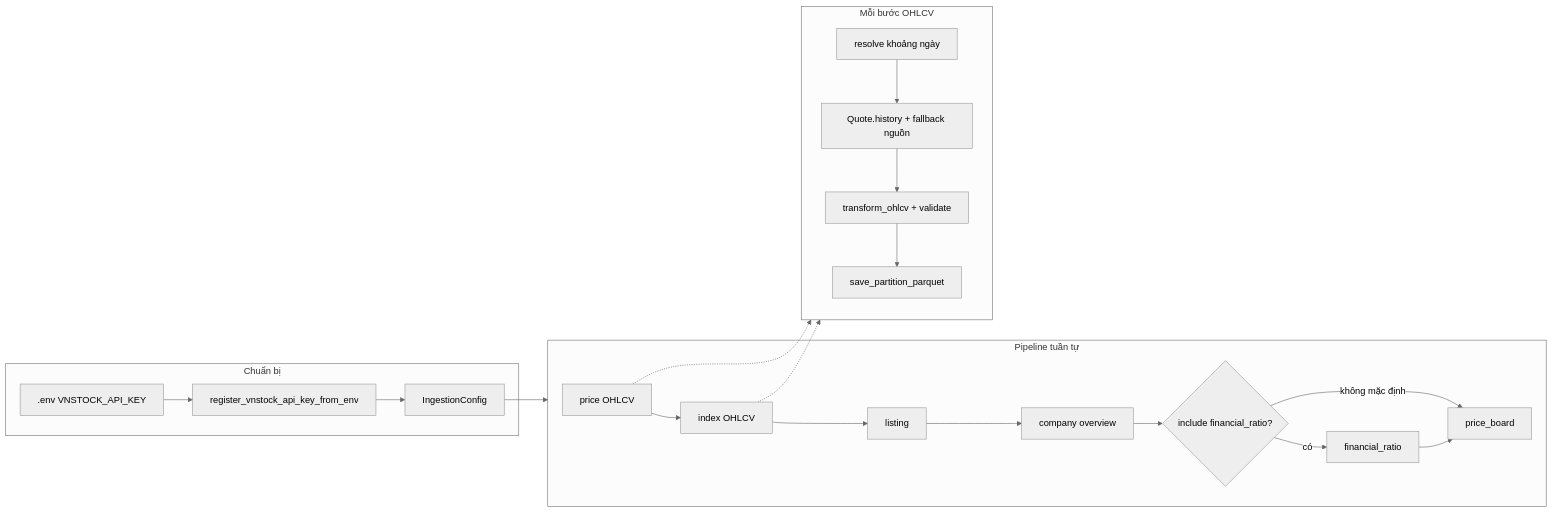
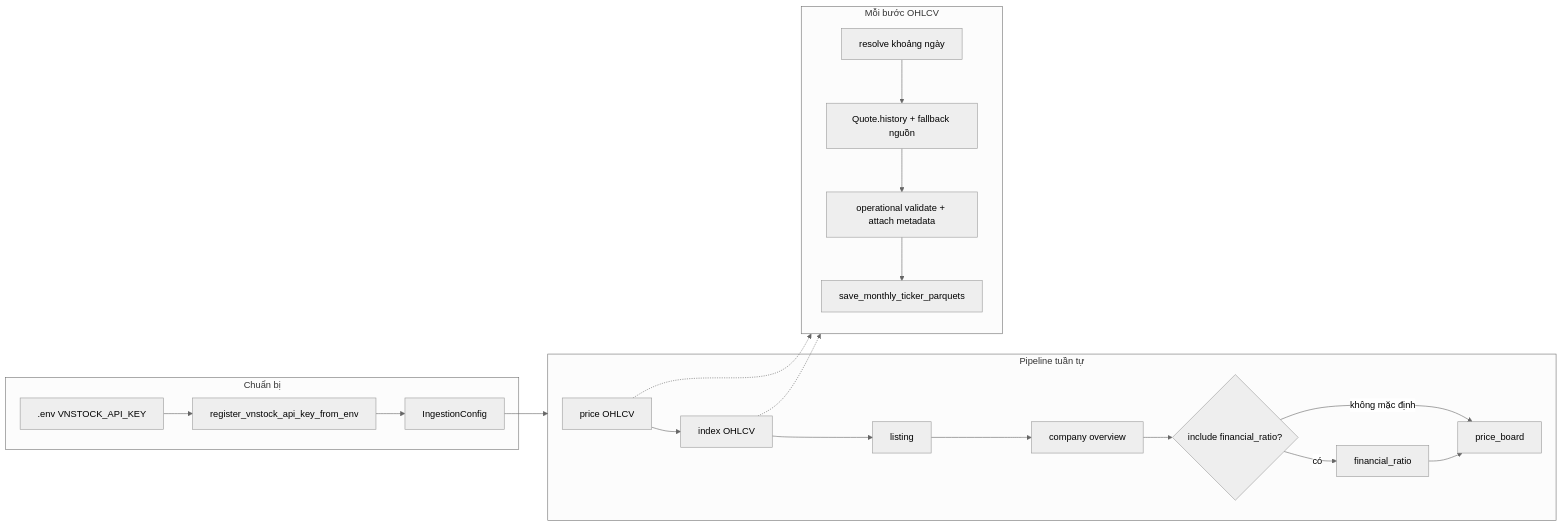
Before and after one commit to tduy2101/stock-pipeline: the diagram in ingestion/structure_data/README.md, drawn with Mermaid (neutral theme). The commit also changed other lines of this file and 79 other files, not shown here.

````diff
--- a/ingestion/structure_data/README.md
+++ b/ingestion/structure_data/README.md
@@ -7,32 +7,32 @@
 ```mermaid
 flowchart LR
   subgraph prep [Chuẩn bị]
     ENV[".env VNSTOCK_API_KEY"]
     CFG["IngestionConfig"]
     ENV --> REG["register_vnstock_api_key_from_env"]
     REG --> CFG
   end
   subgraph pipe [Pipeline tuần tự]
     P["price OHLCV"]
     I["index OHLCV"]
     L["listing"]
     C["company overview"]
     F["financial_ratio"]
     B["price_board"]
     P --> I --> L --> C
     C --> FR{"include financial_ratio?"}
     FR -->|có| F
     FR -->|không mặc định| B
     F --> B
   end
   subgraph per_ohlcv [Mỗi bước OHLCV]
     R["resolve khoảng ngày"]
     Q["Quote.history + fallback nguồn"]
-    T["transform_ohlcv + validate"]
-    S["save_partition_parquet"]
+    T["operational validate + attach metadata"]
+    S["save_monthly_ticker_parquets"]
     R --> Q --> T --> S
   end
   CFG --> pipe
   P -.-> per_ohlcv
   I -.-> per_ohlcv
 ```
````
